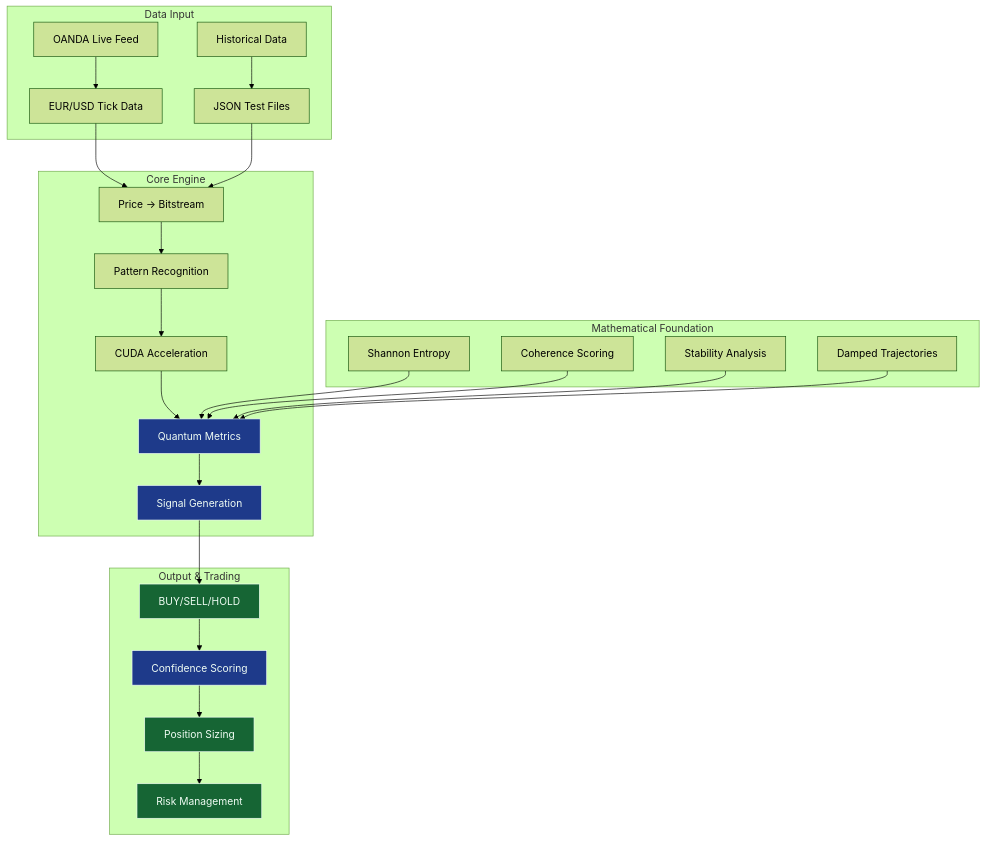
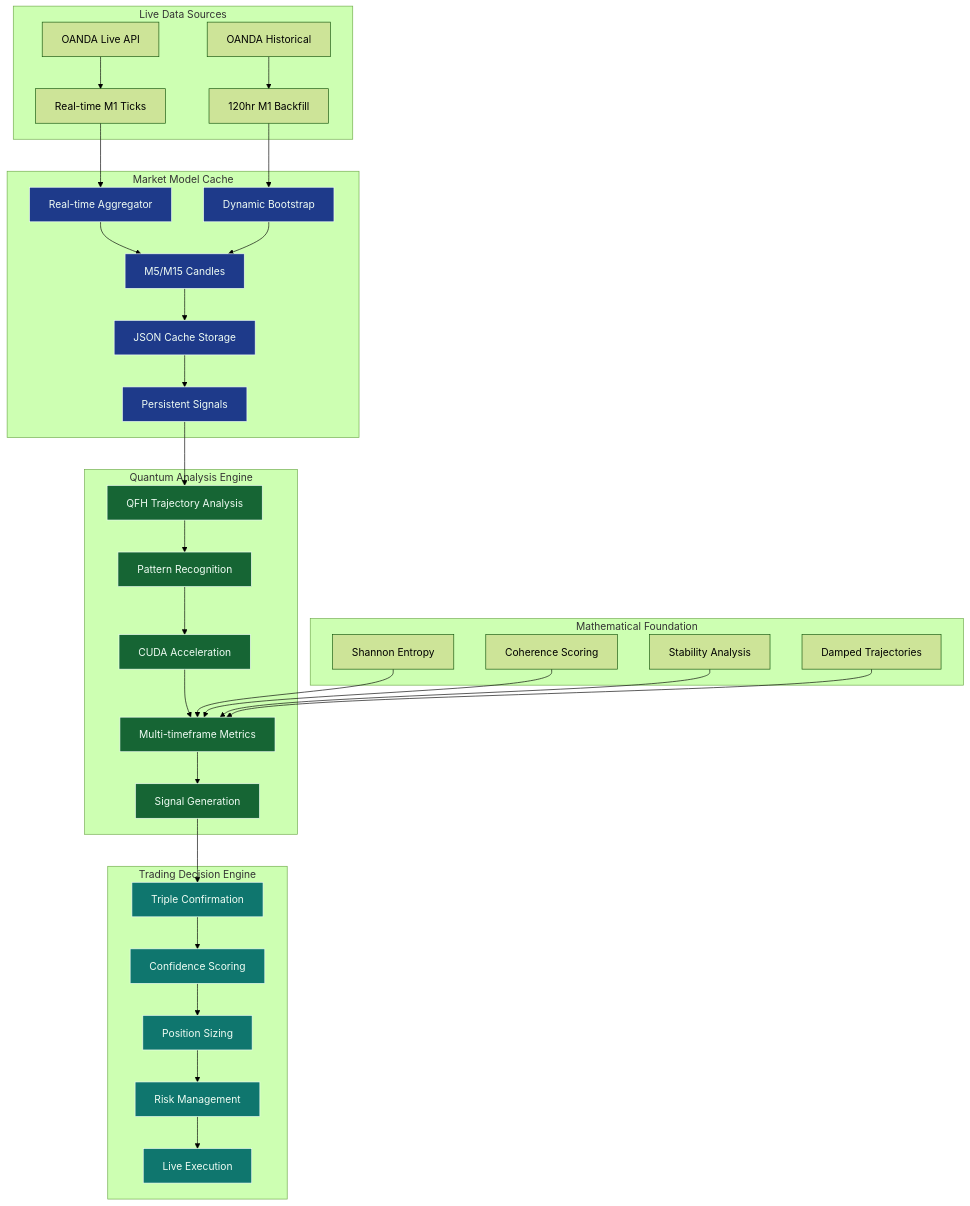
Before and after one commit to SepDynamics/sep: the diagram in commercial_package/README.md, drawn with Mermaid (forest theme). The commit also changed other lines of this file and 16 other files, not shown here.

First line of the commit message:
feat(market-model): Implement autonomous market model cache and simulation

````diff
--- a/commercial_package/README.md
+++ b/commercial_package/README.md
@@ -9,36 +9,47 @@
 ```mermaid
 graph TB
-    subgraph "Data Input"
-        A[OANDA Live Feed] --> B[EUR/USD Tick Data]
-        C[Historical Data] --> D[JSON Test Files]
+    subgraph "Live Data Sources"
+        A[OANDA Live API] --> B[Real-time M1 Ticks]
+        C[OANDA Historical] --> D[120hr M1 Backfill]
     end
     
-    subgraph "Core Engine"
-        B --> E[Price → Bitstream]
-        D --> E
-        E --> F[Pattern Recognition]
-        F --> G[CUDA Acceleration]
-        G --> H[Quantum Metrics]
-        H --> I[Signal Generation]
+    subgraph "Market Model Cache"
+        B --> E[Real-time Aggregator]
+        D --> F[Dynamic Bootstrap]
+        E --> G[M5/M15 Candles]
+        F --> G
+        G --> H[JSON Cache Storage]
+        H --> I[Persistent Signals]
+    end
+    
+    subgraph "Quantum Analysis Engine" 
+        I --> J[QFH Trajectory Analysis]
+        J --> K[Pattern Recognition]
+        K --> L[CUDA Acceleration]
+        L --> M[Multi-timeframe Metrics]
+        M --> N[Signal Generation]
     end
     
     subgraph "Mathematical Foundation"
-        J[Shannon Entropy] --> H
-        K[Coherence Scoring] --> H
-        L[Stability Analysis] --> H
-        M[Damped Trajectories] --> H
+        O[Shannon Entropy] --> M
+        P[Coherence Scoring] --> M
+        Q[Stability Analysis] --> M
+        R[Damped Trajectories] --> M
     end
     
-    subgraph "Output & Trading"
-        I --> N[BUY/SELL/HOLD]
-        N --> O[Confidence Scoring]
-        O --> P[Position Sizing]
-        P --> Q[Risk Management]
+    subgraph "Trading Decision Engine"
+        N --> S[Triple Confirmation]
+        S --> T[Confidence Scoring]
+        T --> U[Position Sizing]
+        U --> V[Risk Management]
+        V --> W[Live Execution]
     end
     
-    classDef validated fill:#1e3a8a,stroke:#f0fdf4,color:#f0fdf4
-    classDef performance fill:#166534,stroke:#f0fdf4,color:#f0fdf4
+    classDef cache fill:#1e3a8a,stroke:#f0fdf4,color:#f0fdf4
+    classDef validated fill:#166534,stroke:#f0fdf4,color:#f0fdf4
+    classDef performance fill:#0f766e,stroke:#f0fdf4,color:#f0fdf4
     
-    class H,I,O validated
-    class N,P,Q performance
+    class E,F,G,H,I cache
+    class J,K,L,M,N validated
+    class S,T,U,V,W performance
 ```
````
